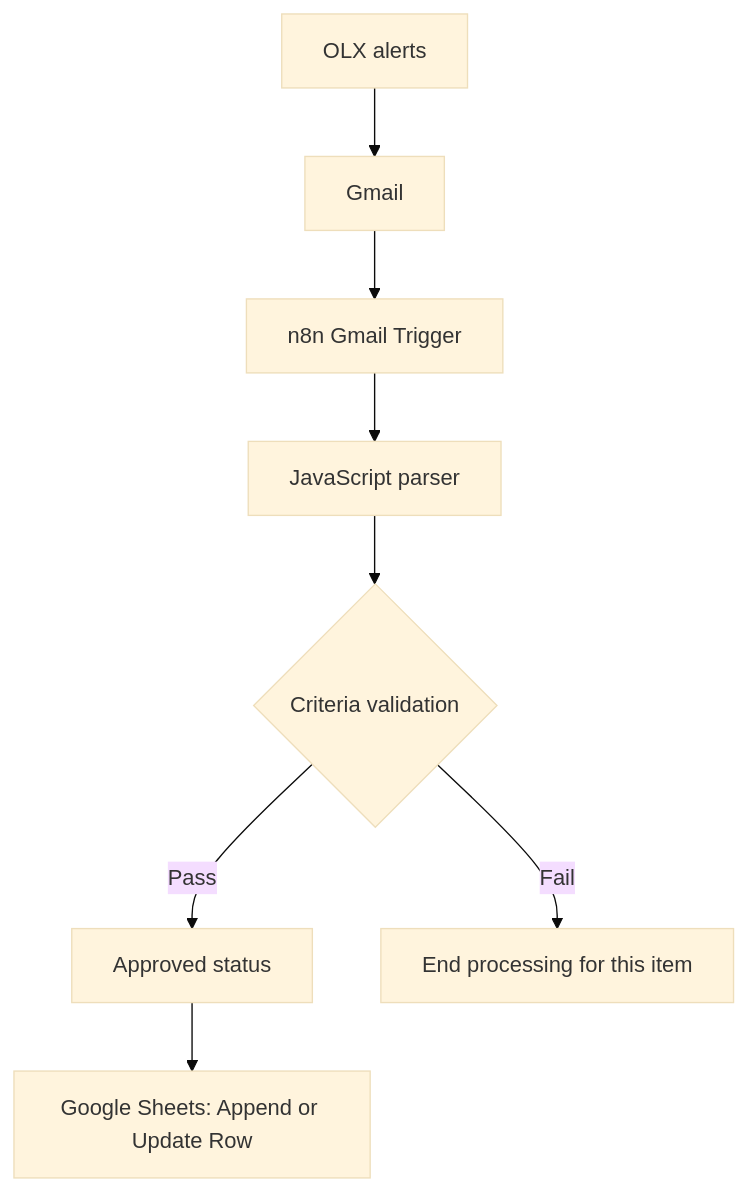
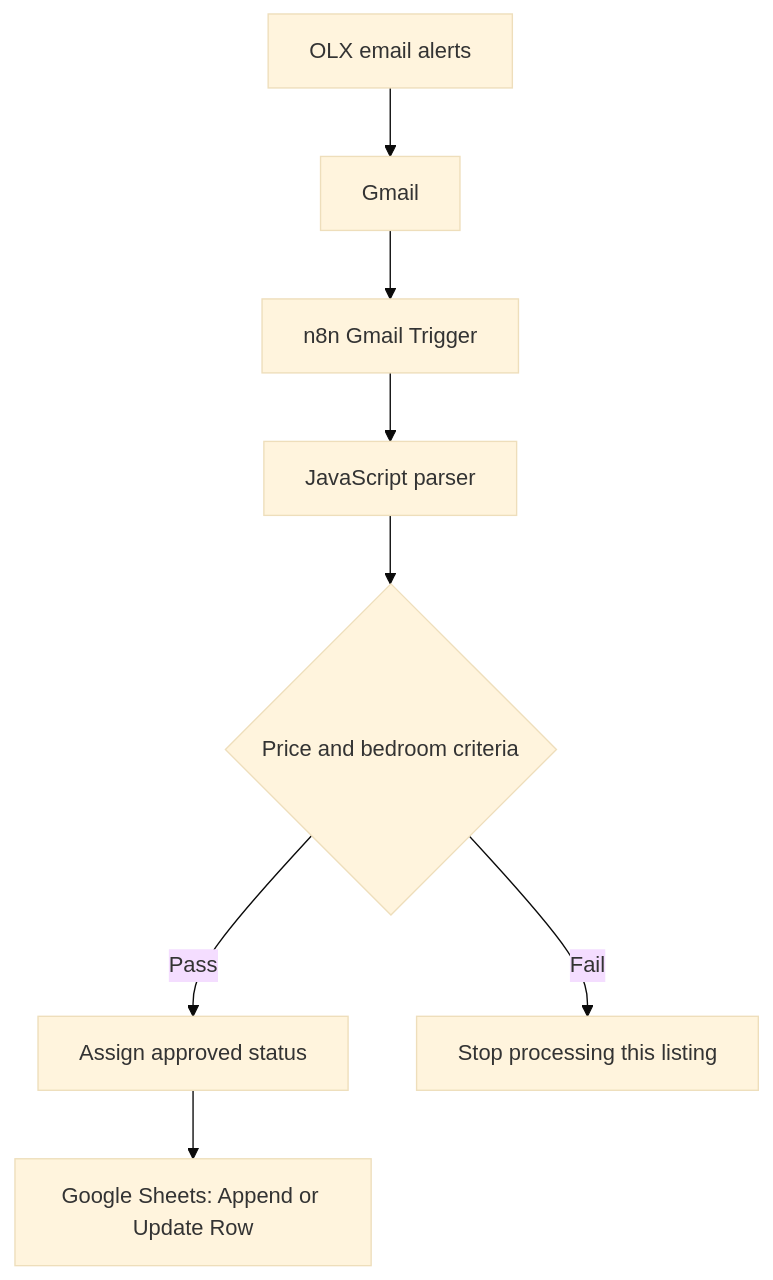
One commit to dcodesantana-eng/rental-scout-automation changed the diagram in README.md. Above: the diagram before and after it, drawn with Mermaid (base theme). The commit also changed other lines of this file, not shown here.

````diff
--- a/README.md
+++ b/README.md
@@ -33,10 +21,10 @@
 ```mermaid
 flowchart TD
-    A[OLX alerts] --> B[Gmail]
+    A[OLX email alerts] --> B[Gmail]
     B --> C[n8n Gmail Trigger]
     C --> D[JavaScript parser]
-    D --> E{Criteria validation}
-    E -->|Pass| F[Approved status]
+    D --> E{Price and bedroom criteria}
+    E -->|Pass| F[Assign approved status]
     F --> G[Google Sheets: Append or Update Row]
-    E -->|Fail| H[End processing for this item]
+    E -->|Fail| H[Stop processing this listing]
 ```
````
